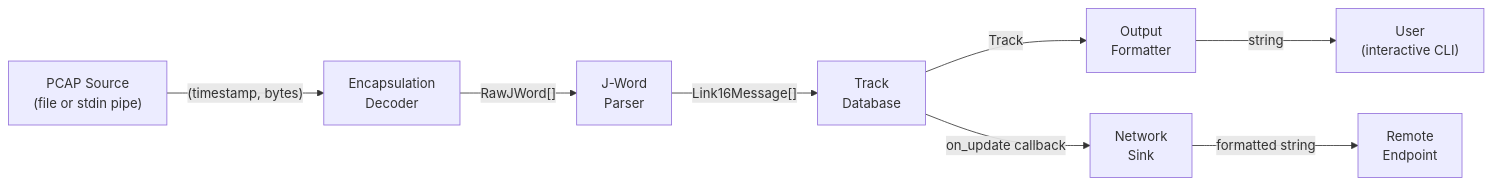
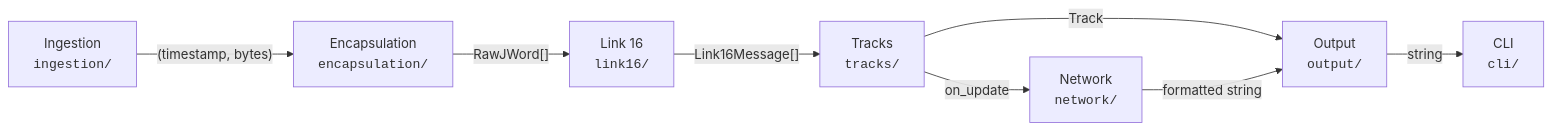
One commit to tellerj/parser changed the second of 5 diagrams in ARCHITECTURE.md. Above: the diagram before and after it, drawn with Mermaid. The commit also changed other lines of this file and 13 other files, not shown here.

First line of the commit message:
Ingestion refactor: format auto-detection, error improvements, pipe/headless mode

````diff
--- a/ARCHITECTURE.md
+++ b/ARCHITECTURE.md
@@ -53,10 +85,10 @@
 ```mermaid
 flowchart LR
-    A["PCAP Source<br/>(file or stdin pipe)"] -->|"(timestamp, bytes)"| B["Encapsulation<br/>Decoder"]
-    B -->|"RawJWord[]"| C["J-Word<br/>Parser"]
-    C -->|"Link16Message[]"| D["Track<br/>Database"]
-    D -->|"Track"| E["Output<br/>Formatter"]
-    E -->|"string"| F["User<br/>(interactive CLI)"]
-    D -->|"on_update callback"| G["Network<br/>Sink"]
-    G -->|"formatted string"| H["Remote<br/>Endpoint"]
+    A["Ingestion<br/><code>ingestion/</code>"] -->|"(timestamp, bytes)"| B["Encapsulation<br/><code>encapsulation/</code>"]
+    B -->|"RawJWord[]"| C["Link 16<br/><code>link16/</code>"]
+    C -->|"Link16Message[]"| D["Tracks<br/><code>tracks/</code>"]
+    D -->|"Track"| E["Output<br/><code>output/</code>"]
+    E -->|"string"| F["CLI<br/><code>cli/</code>"]
+    D -->|"on_update"| G["Network<br/><code>network/</code>"]
+    G -->|"formatted string"| E
 ```
````
